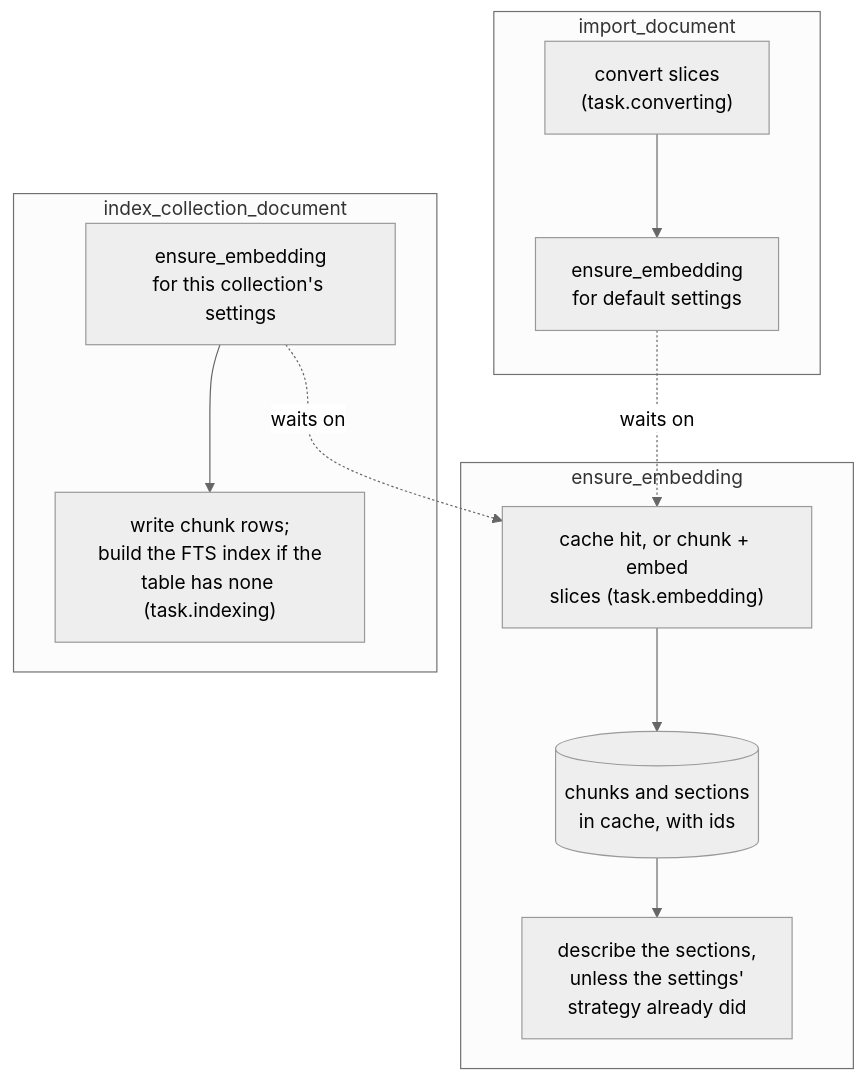
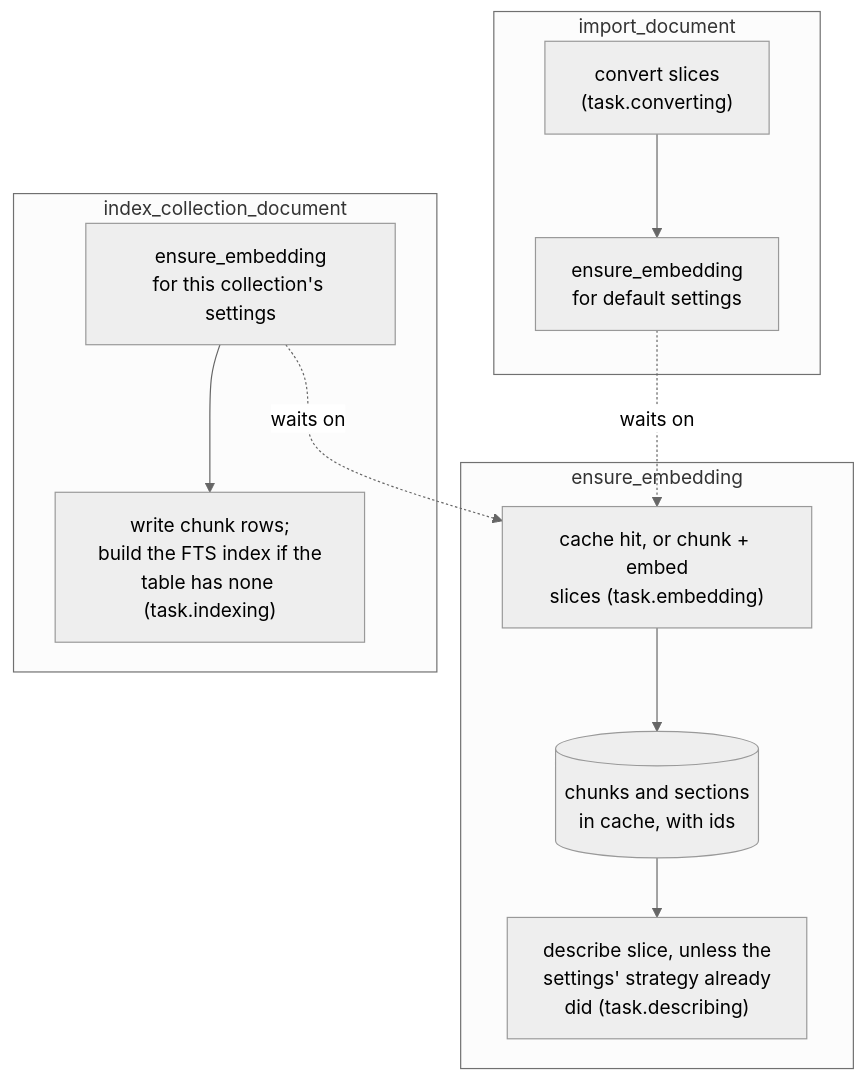
Before and after one commit to haskian/haskie: the second of 3 diagrams in docs/indexing.md, drawn with Mermaid (neutral theme). The commit also changed other lines of this file and 48 other files, not shown here.

Commit message:
feat!: card covers, a Sections tab, and describe as its own stage (#36)

````diff
--- a/docs/indexing.md
+++ b/docs/indexing.md
@@ -33,15 +36,15 @@
 ```mermaid
 flowchart TB
     subgraph import_document
         conv["convert slices<br/>(task.converting)"] --> warm["ensure_embedding<br/>for default settings"]
     end
     subgraph ensure_embedding
         chunk["cache hit, or chunk + embed<br/>slices (task.embedding)"] --> parquet[("chunks and sections<br/>in cache, with ids")]
-        parquet --> describe["describe the sections,<br/>unless the settings'<br/>strategy already did"]
+        parquet --> describe["describe slice, unless the<br/>settings' strategy already<br/>did (task.describing)"]
     end
     subgraph index_collection_document
         need["ensure_embedding<br/>for this collection's settings"] --> rows["write chunk rows;<br/>build the FTS index if the<br/>table has none (task.indexing)"]
     end
     warm -.waits on.-> chunk
     need -.waits on.-> chunk
 ```
````
